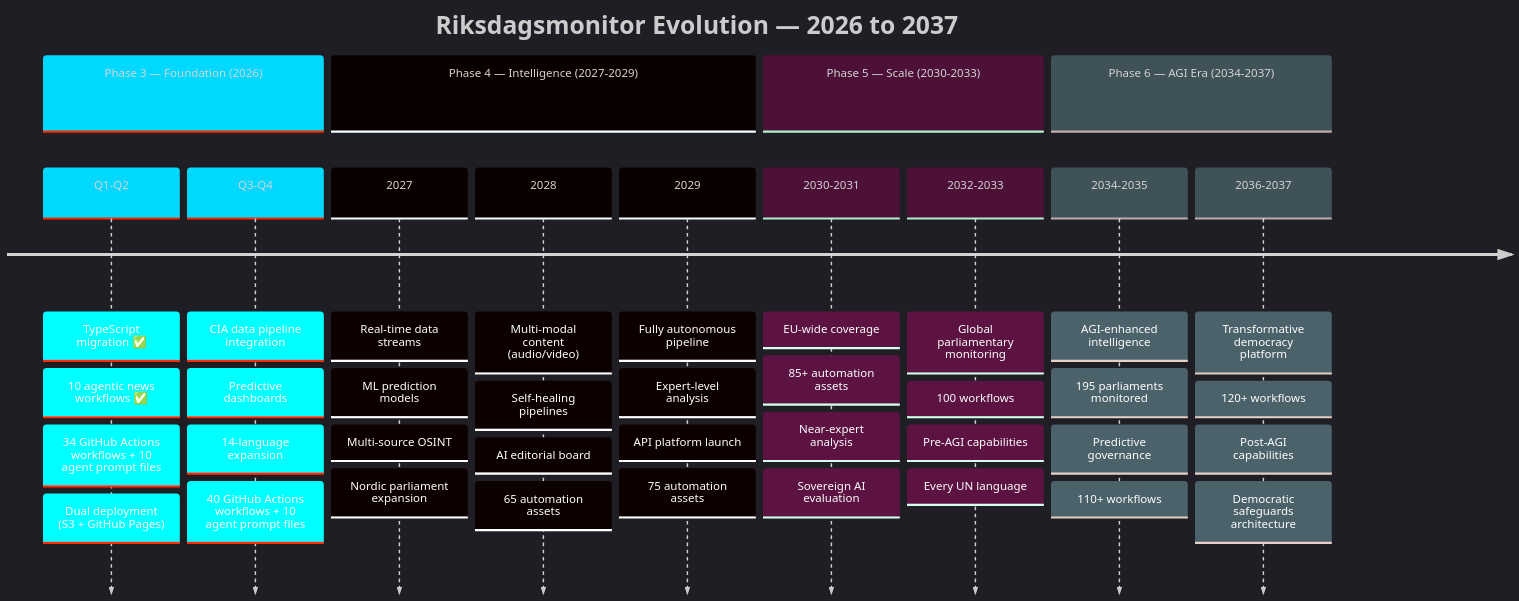
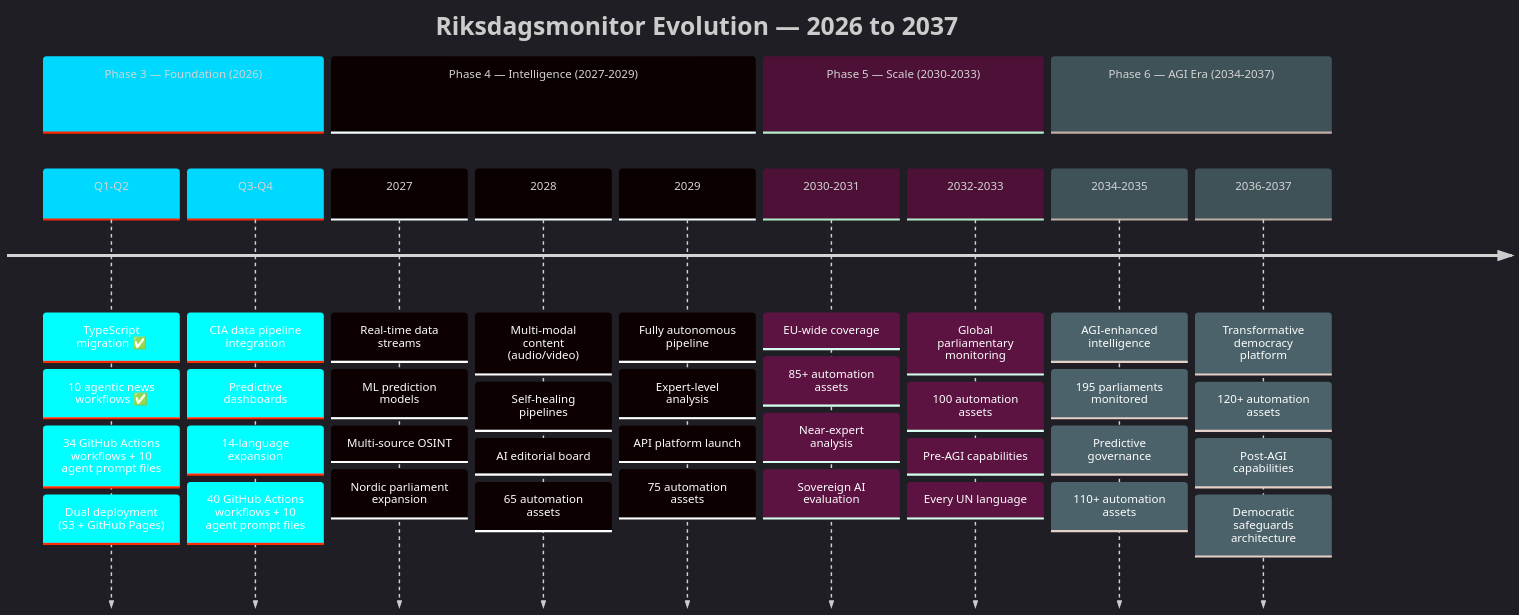
Before and after one commit to Hack23/riksdagsmonitor: the first of 6 diagrams in README.md, drawn with Mermaid. The commit also changed other lines of this file, not shown here.

Commit message:
Standardize "automation assets" terminology in Phase 5-6 timeline and Mermaid diagrams

````diff
--- a/README.md
+++ b/README.md
@@ -712,45 +712,45 @@
 ```mermaid
 %%{init: {'theme': 'dark', 'themeVariables': {'primaryColor': '#00d9ff', 'primaryTextColor': '#e0e0e0', 'primaryBorderColor': '#ff006e', 'lineColor': '#ffbe0b', 'secondaryColor': '#1a1e3d', 'tertiaryColor': '#0a0e27', 'background': '#0a0e27'}}}%%
 timeline
     title Riksdagsmonitor Evolution — 2026 to 2037
     section Phase 3 — Foundation (2026)
         Q1-Q2 : TypeScript migration ✅
                : 10 agentic news workflows ✅
                : 34 GitHub Actions workflows + 10 agent prompt files
                : Dual deployment (S3 + GitHub Pages)
         Q3-Q4 : CIA data pipeline integration
                : Predictive dashboards
                : 14-language expansion
                : 40 GitHub Actions workflows + 10 agent prompt files
     section Phase 4 — Intelligence (2027-2029)
         2027 : Real-time data streams
              : ML prediction models
              : Multi-source OSINT
              : Nordic parliament expansion
         2028 : Multi-modal content (audio/video)
              : Self-healing pipelines
              : AI editorial board
              : 65 automation assets
         2029 : Fully autonomous pipeline
              : Expert-level analysis
              : API platform launch
              : 75 automation assets
     section Phase 5 — Scale (2030-2033)
         2030-2031 : EU-wide coverage
                   : 85+ automation assets
                   : Near-expert analysis
                   : Sovereign AI evaluation
         2032-2033 : Global parliamentary monitoring
-                  : 100 workflows
+                  : 100 automation assets
                   : Pre-AGI capabilities
                   : Every UN language
     section Phase 6 — AGI Era (2034-2037)
         2034-2035 : AGI-enhanced intelligence
                   : 195 parliaments monitored
                   : Predictive governance
-                  : 110+ workflows
+                  : 110+ automation assets
         2036-2037 : Transformative democracy platform
-                  : 120+ workflows
+                  : 120+ automation assets
                   : Post-AGI capabilities
                   : Democratic safeguards architecture
 ```
````
